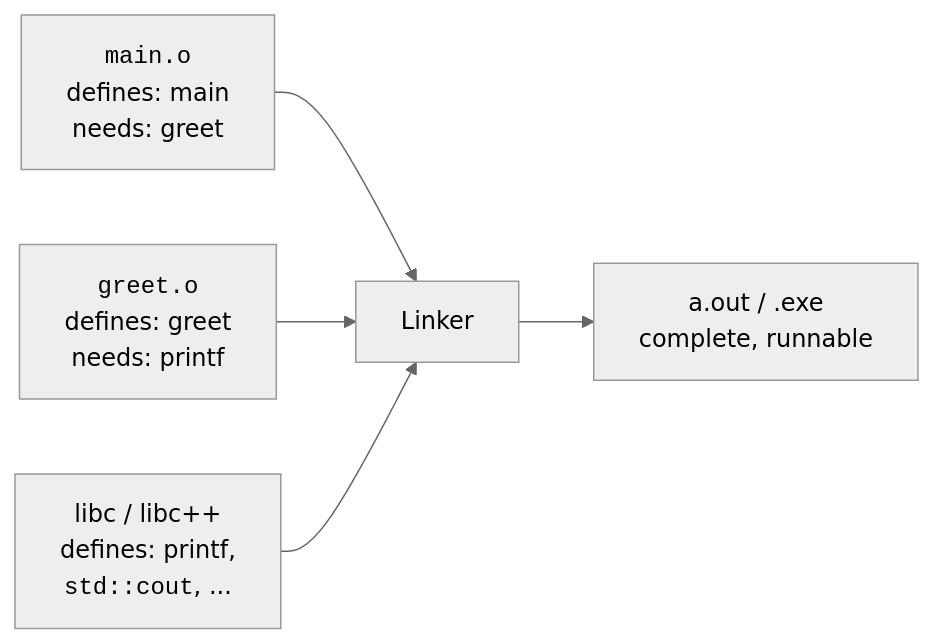
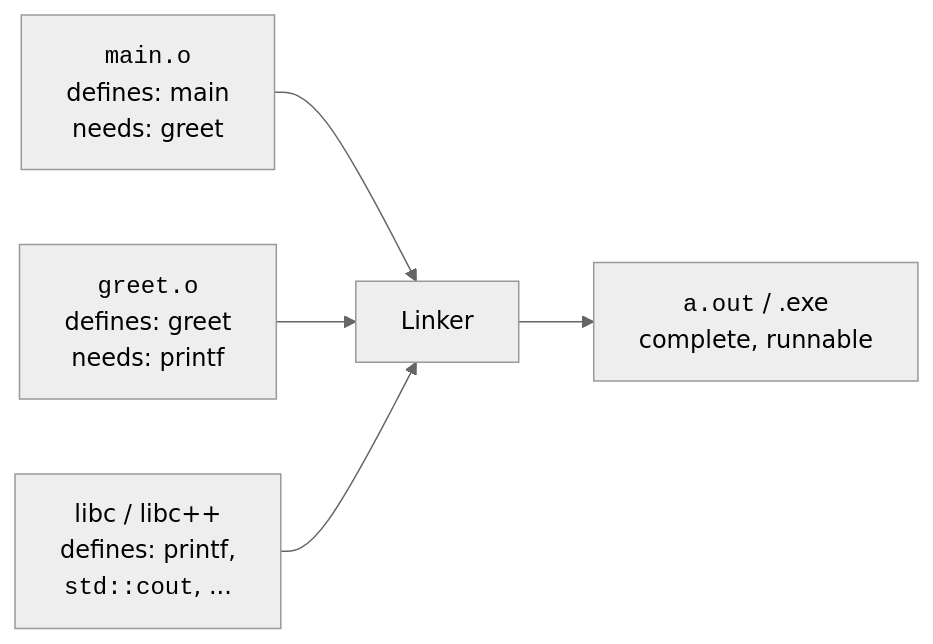
The third of 4 diagrams in content/courses/from-zero-to-cpp/compilation-pipeline.mdx (dataslope/dataslope), drawn with Mermaid (neutral theme) before and after one commit. The commit also changed 65 other files, not shown here.

First line of the commit message:
Set code in every mermaid label in the mono face

````diff
--- a/content/courses/from-zero-to-cpp/compilation-pipeline.mdx
+++ b/content/courses/from-zero-to-cpp/compilation-pipeline.mdx
@@ -203,7 +203,7 @@
 ```mermaid
 flowchart LR
     M["<code>main.o</code><br/>defines: main<br/>needs: greet"] --> L[Linker]
     G["<code>greet.o</code><br/>defines: greet<br/>needs: printf"] --> L
     S["libc / libc++<br/>defines: printf,<br/><code>std::cout</code>, ..."] --> L
-    L --> E[a.out / .exe<br/>complete, runnable]
+    L --> E["<code>a.out</code> / .exe<br/>complete, runnable"]
 ```
````
